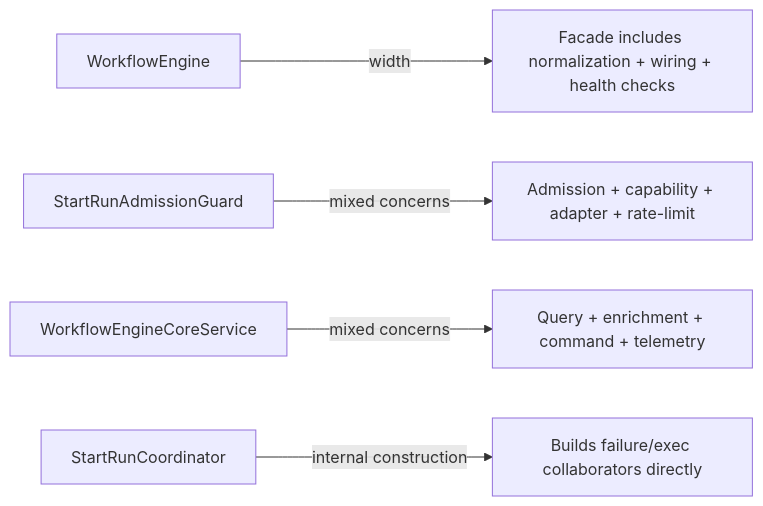
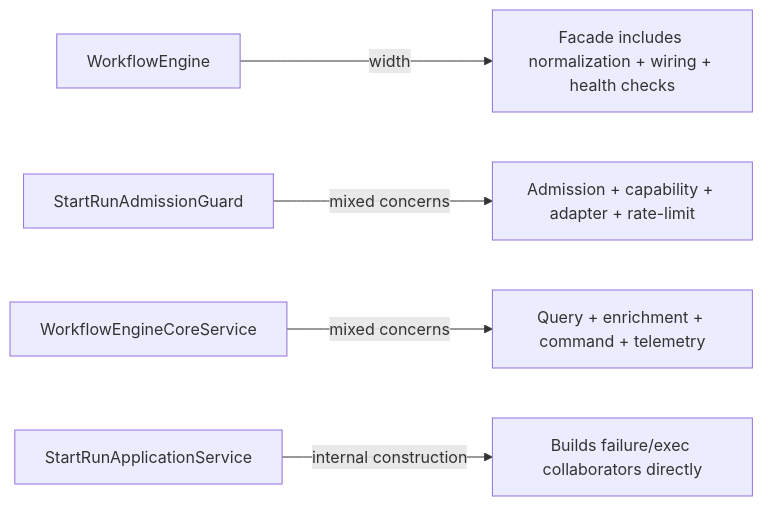
One commit to dunay2/dvt changed the fifth of 5 diagrams in docs/architecture/components/engine/architecture/workflow-engine-subsystem-context.md. Above: the diagram before and after it, drawn with Mermaid. The commit also changed other lines of this file and 7 other files, not shown here.

Commit message:
docs(docs): Align engine architecture surface documentation

````diff
--- a/docs/architecture/components/engine/architecture/workflow-engine-subsystem-context.md
+++ b/docs/architecture/components/engine/architecture/workflow-engine-subsystem-context.md
@@ -200,7 +208,7 @@
 ```mermaid
 flowchart LR
   WF["WorkflowEngine"] -->|width| W1["Facade includes normalization + wiring + health checks"]
   Guard["StartRunAdmissionGuard"] -->|mixed concerns| W2["Admission + capability + adapter + rate-limit"]
   Core["WorkflowEngineCoreService"] -->|mixed concerns| W3["Query + enrichment + command + telemetry"]
-  Coord["StartRunCoordinator"] -->|internal construction| W4["Builds failure/exec collaborators directly"]
+  StartRun["StartRunApplicationService"] -->|internal construction| W4["Builds failure/exec collaborators directly"]
 ```
````
